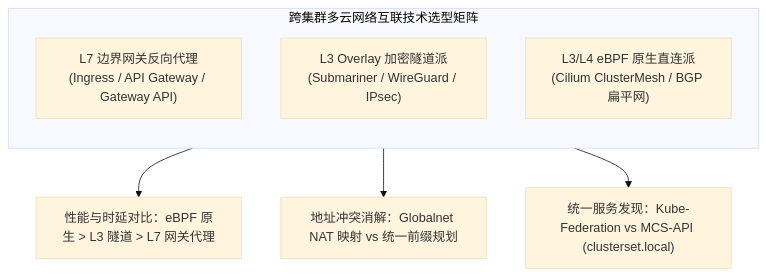
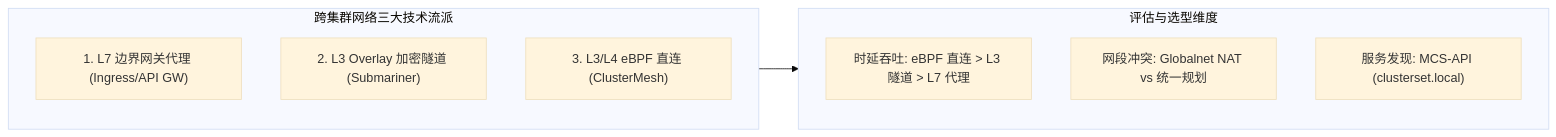
Before and after one commit to MoreConsequence/MoreConsequence.github.io: the first of 6 diagrams in content/posts/kubernetes-internals/k8s-17-multi-cluster-clustermesh-submariner.md, drawn with Mermaid (base theme). The commit also changed other lines of this file and 835 other files, not shown here.

First line of the commit message:
feat(blog): 全站33篇新增深度专栏与博文全量审核上线及矢量图表优化

````diff
--- a/content/posts/kubernetes-internals/k8s-17-multi-cluster-clustermesh-submariner.md
+++ b/content/posts/kubernetes-internals/k8s-17-multi-cluster-clustermesh-submariner.md
@@ -40,13 +40,18 @@
 ```mermaid
-flowchart TD
-    subgraph MultiClusterMatrix["跨集群多云网络互联技术选型矩阵"]
+flowchart LR
+    subgraph MultiClusterMatrix["跨集群网络三大技术流派"]
         direction TB
-        NodeL7["L7 边界网关反向代理<br>(Ingress / API Gateway / Gateway API)"]
-        TunnelL3["L3 Overlay 加密隧道派<br>(Submariner / WireGuard / IPsec)"]
-        MeshL3eBPF["L3/L4 eBPF 原生直连派<br>(Cilium ClusterMesh / BGP 扁平网)"]
+        NodeL7["1. L7 边界网关代理 (Ingress/API GW)"]
+        TunnelL3["2. L3 Overlay 加密隧道 (Submariner)"]
+        MeshL3eBPF["3. L3/L4 eBPF 直连 (ClusterMesh)"]
     end
 
-    MultiClusterMatrix --> PerfComparison["性能与时延对比：eBPF 原生 > L3 隧道 > L7 网关代理"]
-    MultiClusterMatrix --> IPConflict["地址冲突消解：Globalnet NAT 映射 vs 统一前缀规划"]
-    MultiClusterMatrix --> ServiceDiscovery["统一服务发现：Kube-Federation vs MCS-API (clusterset.local)"]
+    subgraph Metrics["评估与选型维度"]
+        direction TB
+        Perf["时延吞吐: eBPF 直连 > L3 隧道 > L7 代理"]
+        IPConflict["网段冲突: Globalnet NAT vs 统一规划"]
+        ServiceDisc["服务发现: MCS-API (clusterset.local)"]
+    end
+
+    MultiClusterMatrix --> Metrics
 ```
````
